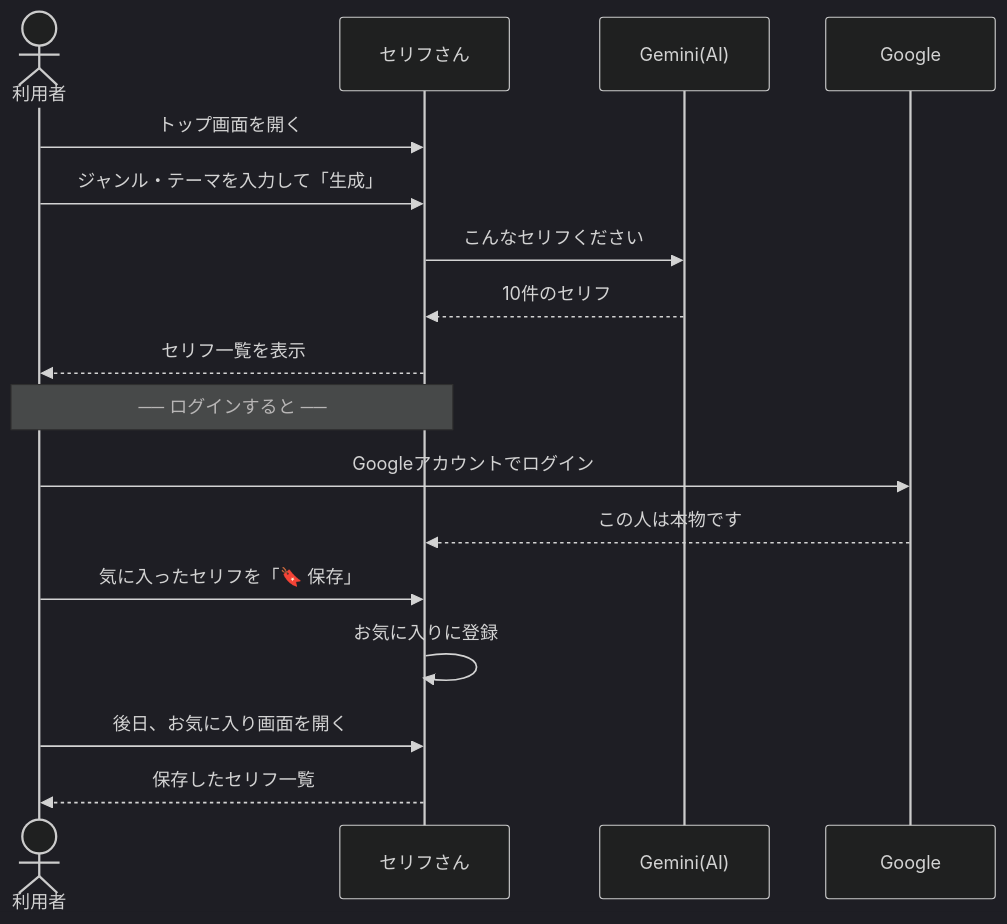
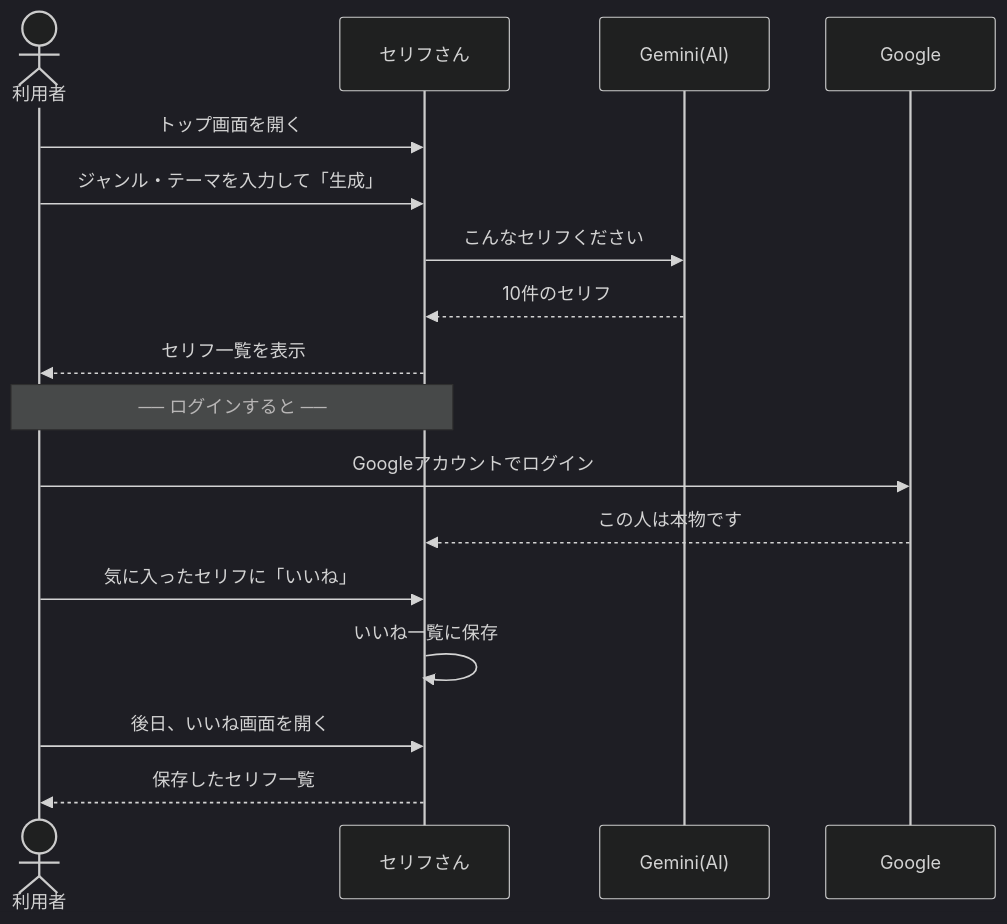
The second of 2 diagrams in README.md (saekoy/serifusan), drawn with Mermaid (dark theme) before and after one commit. The commit also changed other lines of this file and 2 other files, not shown here.

Commit message:
いいね・セリフ一覧のレイアウト改善とXシェア文面の拡充

````diff
--- a/README.md
+++ b/README.md
@@ -72,22 +70,22 @@
 ```mermaid
 sequenceDiagram
     actor U as 利用者
     participant App as セリフさん
     participant AI as Gemini(AI)
     participant Auth as Google
 
     U->>App: トップ画面を開く
     U->>App: ジャンル・テーマを入力して「生成」
     App->>AI: こんなセリフください
     AI-->>App: 10件のセリフ
     App-->>U: セリフ一覧を表示
 
     Note over U,App: ── ログインすると ──
     U->>Auth: Googleアカウントでログイン
     Auth-->>App: この人は本物です
-    U->>App: 気に入ったセリフを「🔖 保存」
-    App->>App: お気に入りに登録
+    U->>App: 気に入ったセリフに「いいね」
+    App->>App: いいね一覧に保存
 
-    U->>App: 後日、お気に入り画面を開く
+    U->>App: 後日、いいね画面を開く
     App-->>U: 保存したセリフ一覧
 ```
````
